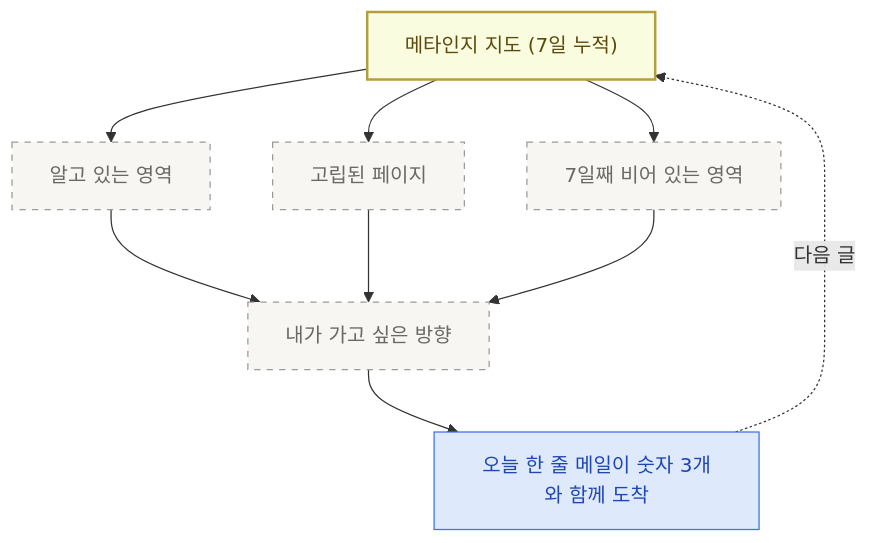
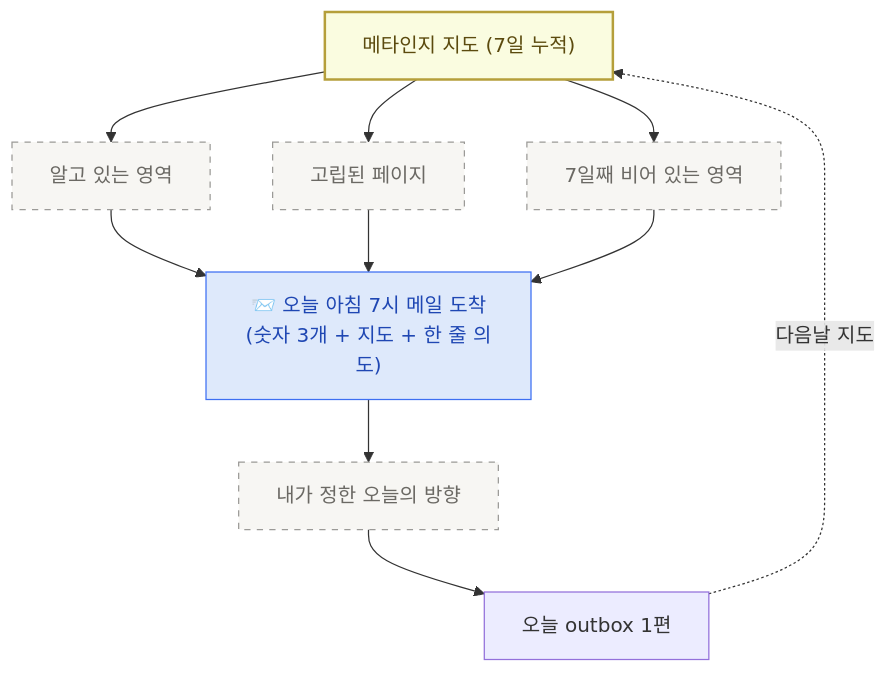
One commit to imakerjun/ai-learning-agent-workshop changed the second of 2 diagrams in content/retrieve.mdx. Above: the diagram before and after it, drawn with Mermaid. The commit also changed other lines of this file and 12 other files, not shown here.

````diff
--- a/content/retrieve.mdx
+++ b/content/retrieve.mdx
@@ -134,25 +150,27 @@
 ```mermaid
 flowchart TD
     Map["메타인지 지도 (7일 누적)"]
     Known["알고 있는 영역"]
     Isolated["고립된 페이지"]
     Empty["7일째 비어 있는 영역"]
-    Direction["내가 가고 싶은 방향"]
-    Mail["오늘 한 줄 메일이 숫자 3개와 함께 도착"]
+    Mail["📨 오늘 아침 7시 메일 도착<br/>(숫자 3개 + 지도 + 한 줄 의도)"]
+    Direction["내가 정한 오늘의 방향"]
+    Today["오늘 outbox 1편"]
 
     Map --> Known
     Map --> Isolated
     Map --> Empty
-    Known --> Direction
-    Isolated --> Direction
-    Empty --> Direction
-    Direction --> Mail
-    Mail -.다음 글.-> Map
+    Known --> Mail
+    Isolated --> Mail
+    Empty --> Mail
+    Mail --> Direction
+    Direction --> Today
+    Today -.다음날 지도.-> Map
 
     classDef now fill:#dee9fb,stroke:#3d6ff2,color:#1f47b3
     classDef axis fill:#fafce0,stroke:#b59f3b,stroke-width:2px,color:#5b4a0e
     classDef next fill:#f7f6f3,stroke:#9b9a97,stroke-dasharray:5,color:#6b6964
     class Mail now
     class Map axis
     class Known,Isolated,Empty,Direction next
 ```
````
